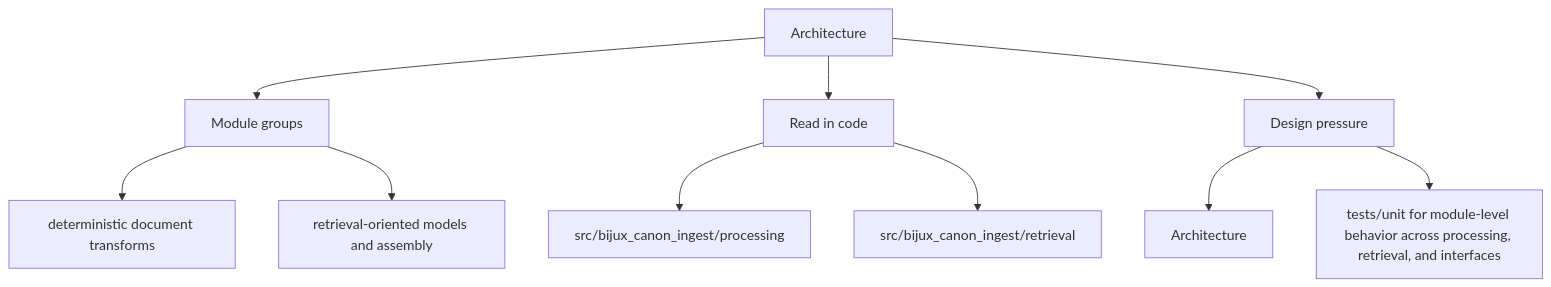
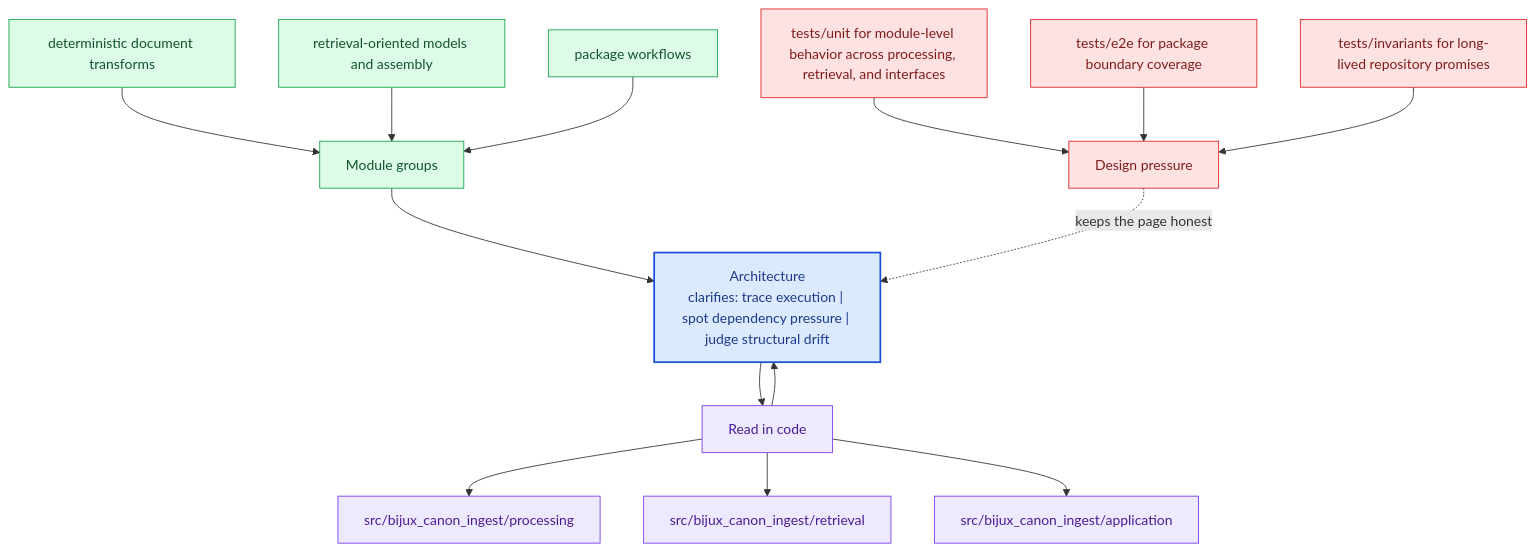
One commit to bijux/bijux-canon changed the second of 2 diagrams in docs/bijux-canon-ingest/architecture/index.md. Above: the diagram before and after it, drawn with Mermaid. The commit also changed other lines of this file and 281 other files, not shown here.

Commit message:
docs(diagrams): deepen handbook mermaid maps across the catalog

````diff
--- a/docs/bijux-canon-ingest/architecture/index.md
+++ b/docs/bijux-canon-ingest/architecture/index.md
@@ -32,22 +65,40 @@
 ```mermaid
-flowchart TD
-    page["Architecture"]
+flowchart TB
+    promise["Architecture<br/>clarifies: trace execution | spot dependency pressure | judge structural drift"]
+    classDef promise fill:#dbeafe,stroke:#1d4ed8,color:#1e3a8a,stroke-width:2px;
+    classDef driver fill:#dcfce7,stroke:#16a34a,color:#14532d;
+    classDef constraint fill:#fee2e2,stroke:#dc2626,color:#7f1d1d;
+    classDef ground fill:#ede9fe,stroke:#7c3aed,color:#4c1d95;
     focus1["Module groups"]
-    page --> focus1
+    focus1 --> promise
     focus1_1["deterministic document transforms"]
-    focus1 --> focus1_1
+    focus1_1 --> focus1
     focus1_2["retrieval-oriented models and assembly"]
-    focus1 --> focus1_2
+    focus1_2 --> focus1
+    focus1_3["package workflows"]
+    focus1_3 --> focus1
+    class focus1 driver;
+    class focus1_1,focus1_2,focus1_3 driver;
     focus2["Read in code"]
-    page --> focus2
+    focus2 --> promise
+    promise --> focus2
     focus2_1["src/bijux_canon_ingest/processing"]
     focus2 --> focus2_1
     focus2_2["src/bijux_canon_ingest/retrieval"]
     focus2 --> focus2_2
+    focus2_3["src/bijux_canon_ingest/application"]
+    focus2 --> focus2_3
+    class focus2 ground;
+    class focus2_1,focus2_2,focus2_3 ground;
     focus3["Design pressure"]
-    page --> focus3
-    focus3_1["Architecture"]
-    focus3 --> focus3_1
-    focus3_2["tests/unit for module-level behavior across processing, retrieval, and interfaces"]
-    focus3 --> focus3_2
+    focus3 -.keeps the page honest.-> promise
+    focus3_1["tests/unit for module-level behavior across processing, retrieval, and interfaces"]
+    focus3_1 --> focus3
+    focus3_2["tests/e2e for package boundary coverage"]
+    focus3_2 --> focus3
+    focus3_3["tests/invariants for long-lived repository promises"]
+    focus3_3 --> focus3
+    class focus3 constraint;
+    class focus3_1,focus3_2,focus3_3 constraint;
+    class promise promise;
 ```
````
